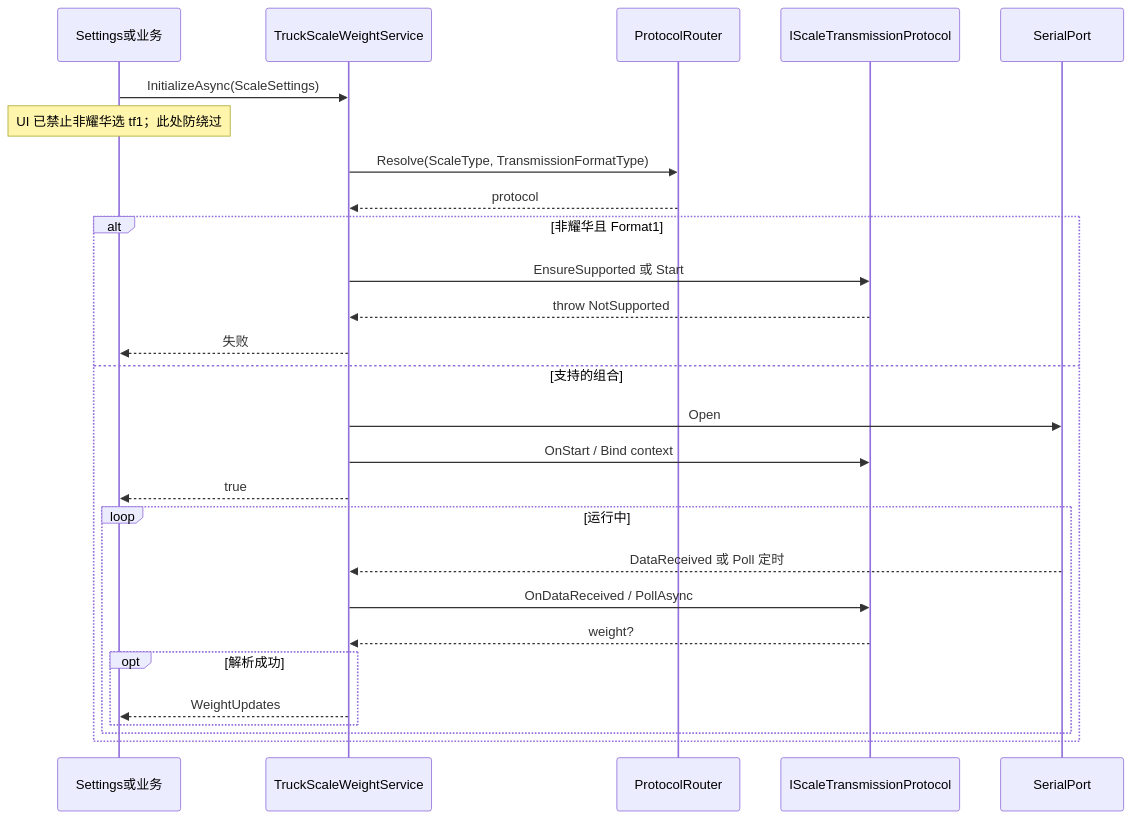
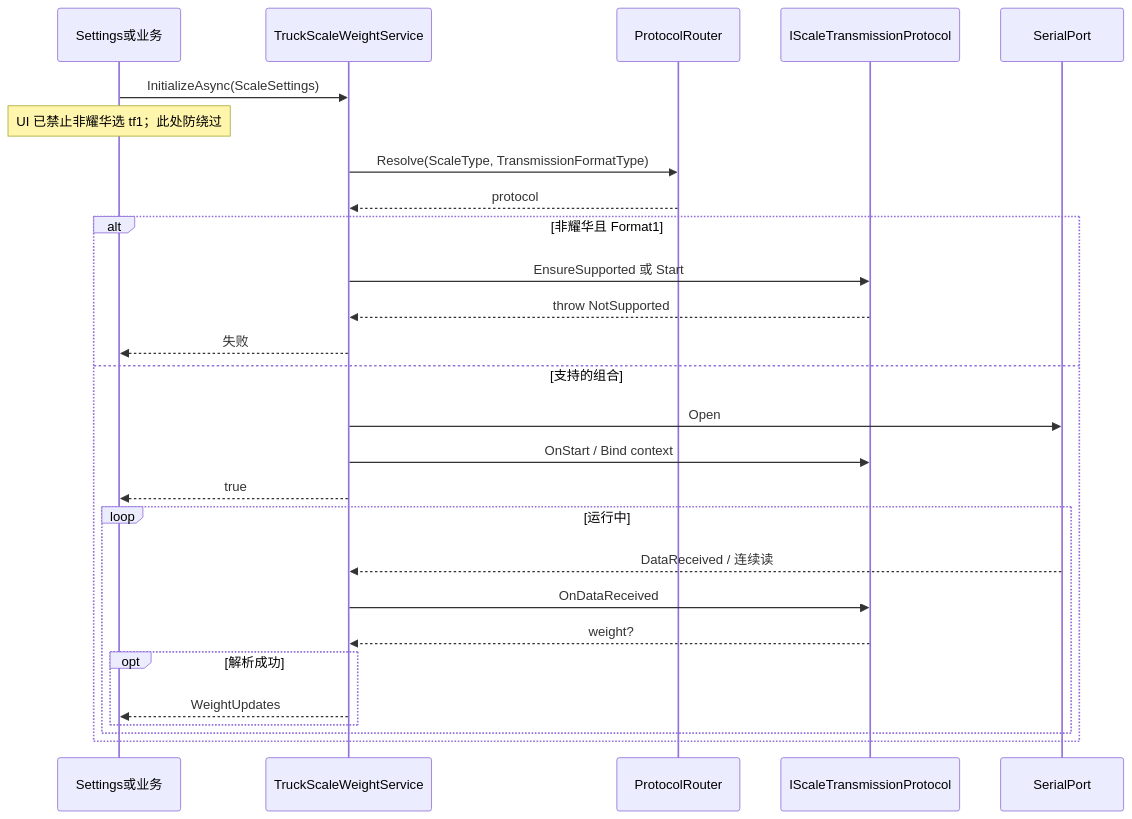
Before and after one commit to feewillowherb/MaterialMonospec: the third of 5 diagrams in docs/2026-09-15-truck-scale-transmission-format-refactor/04-结构与设计图.md, drawn with Mermaid. The commit also changed other lines of this file and 5 other files, not shown here.

````diff
--- a/docs/2026-09-15-truck-scale-transmission-format-refactor/04-结构与设计图.md
+++ b/docs/2026-09-15-truck-scale-transmission-format-refactor/04-结构与设计图.md
@@ -134,30 +134,30 @@
 ```mermaid
 sequenceDiagram
   participant UI as Settings或业务
   participant F as TruckScaleWeightService
   participant R as ProtocolRouter
   participant P as IScaleTransmissionProtocol
   participant S as SerialPort
 
   UI->>F: InitializeAsync(ScaleSettings)
   Note over UI: UI 已禁止非耀华选 tf1；此处防绕过
   F->>R: Resolve(ScaleType, TransmissionFormatType)
   R-->>F: protocol
   alt 非耀华且 Format1
     F->>P: EnsureSupported 或 Start
     P-->>F: throw NotSupported
     F-->>UI: 失败
   else 支持的组合
     F->>S: Open
     F->>P: OnStart / Bind context
     F-->>UI: true
     loop 运行中
-      S-->>F: DataReceived 或 Poll 定时
-      F->>P: OnDataReceived / PollAsync
+      S-->>F: DataReceived / 连续读
+      F->>P: OnDataReceived
       P-->>F: weight?
       opt 解析成功
         F-->>UI: WeightUpdates
       end
     end
   end
 ```
````
